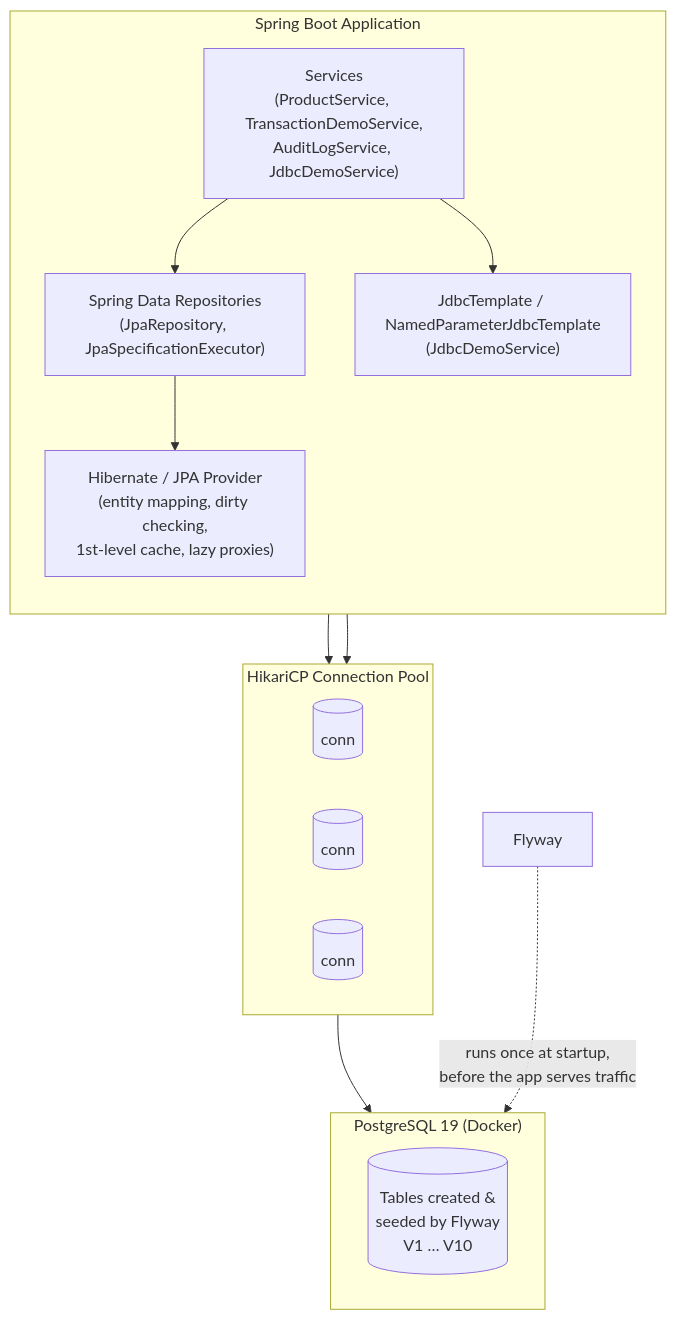
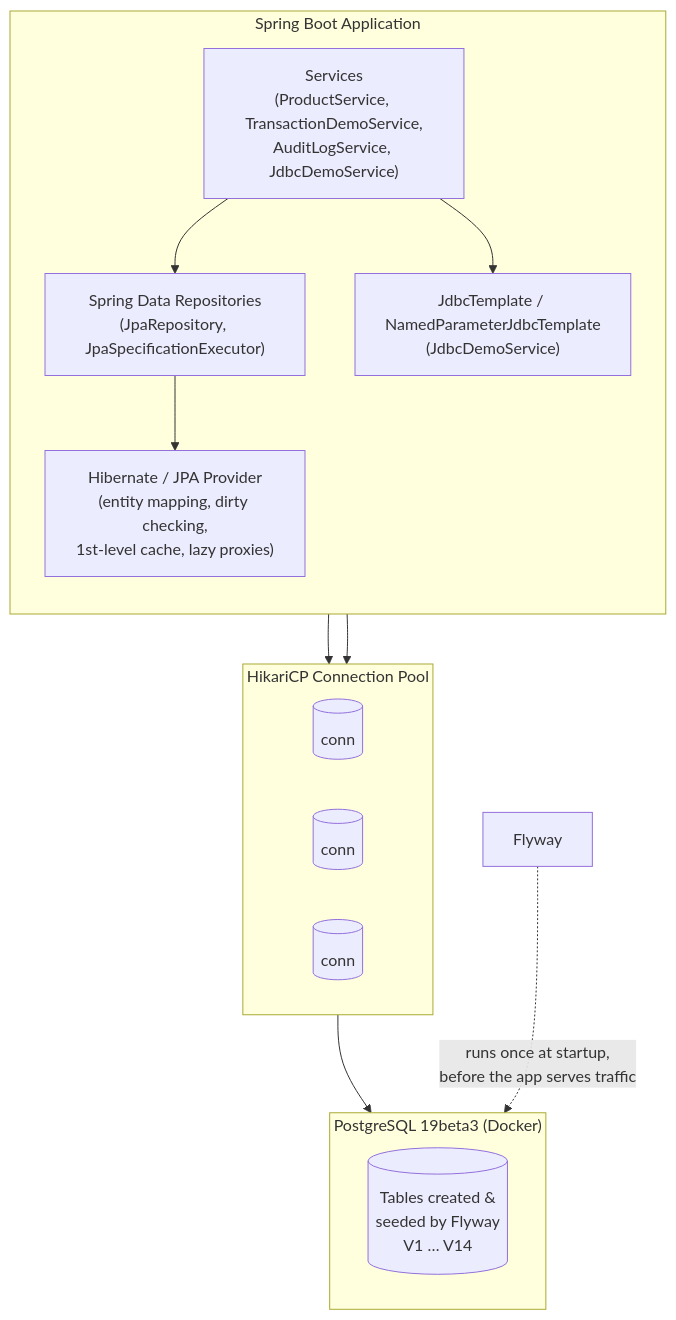
Before and after one commit to himnay/learning-database: the first of 26 diagrams in database-core/README.md, drawn with Mermaid. The commit also changed other lines of this file and 3 other files, not shown here.

First line of the commit message:
docs: SQL/PGQ is 19-beta-only; PostgreSQL accuracy pass

````diff
--- a/database-core/README.md
+++ b/database-core/README.md
@@ -86,29 +86,29 @@
 ```mermaid
 flowchart TB
     subgraph App["Spring Boot Application"]
         direction TB
         REPO["Spring Data Repositories<br/>(JpaRepository, JpaSpecificationExecutor)"]
         SVC["Services<br/>(ProductService, TransactionDemoService,<br/>AuditLogService, JdbcDemoService)"]
         JDBC["JdbcTemplate / NamedParameterJdbcTemplate<br/>(JdbcDemoService)"]
         HIB["Hibernate / JPA Provider<br/>(entity mapping, dirty checking,<br/>1st-level cache, lazy proxies)"]
         SVC --> REPO
         SVC --> JDBC
         REPO --> HIB
     end
 
     subgraph Pool["HikariCP Connection Pool"]
         CONN1[(conn)]
         CONN2[(conn)]
         CONN3[(conn)]
     end
 
-    subgraph DB["PostgreSQL 19 (Docker)"]
-        TBL[("Tables created &amp;\nseeded by Flyway\nV1 … V10")]
+    subgraph DB["PostgreSQL 19beta3 (Docker)"]
+        TBL[("Tables created &amp;\nseeded by Flyway\nV1 … V14")]
     end
 
     HIB --> Pool
     JDBC --> Pool
     Pool --> DB
 
     FLY["Flyway"] -. "runs once at startup,\nbefore the app serves traffic" .-> DB
 ```
````
